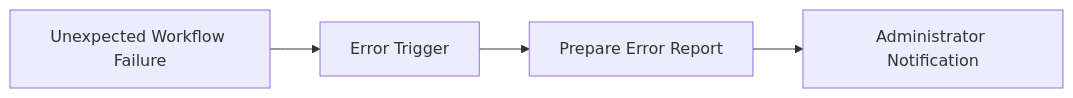
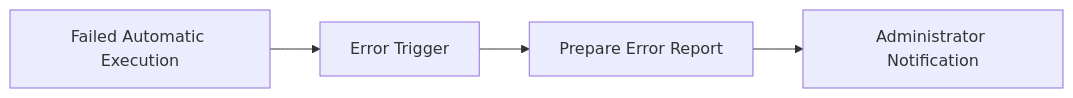
One commit to Yusua/ai-inquiry-triage-automation changed the second of 2 diagrams in docs/architecture.md. Above: the diagram before and after it, drawn with Mermaid. The commit also changed other lines of this file and 10 other files, not shown here.

Commit message:
Release public v1.2 workflow and storage-error Gmail evidence

````diff
--- a/docs/architecture.md
+++ b/docs/architecture.md
@@ -72,6 +72,6 @@
 ```mermaid
 flowchart LR
-    failure["Unexpected Workflow Failure"] --> trigger["Error Trigger"]
+    failure["Failed Automatic Execution"] --> trigger["Error Trigger"]
     trigger --> report["Prepare Error Report"]
     report --> administrator["Administrator Notification"]
 ```
````
